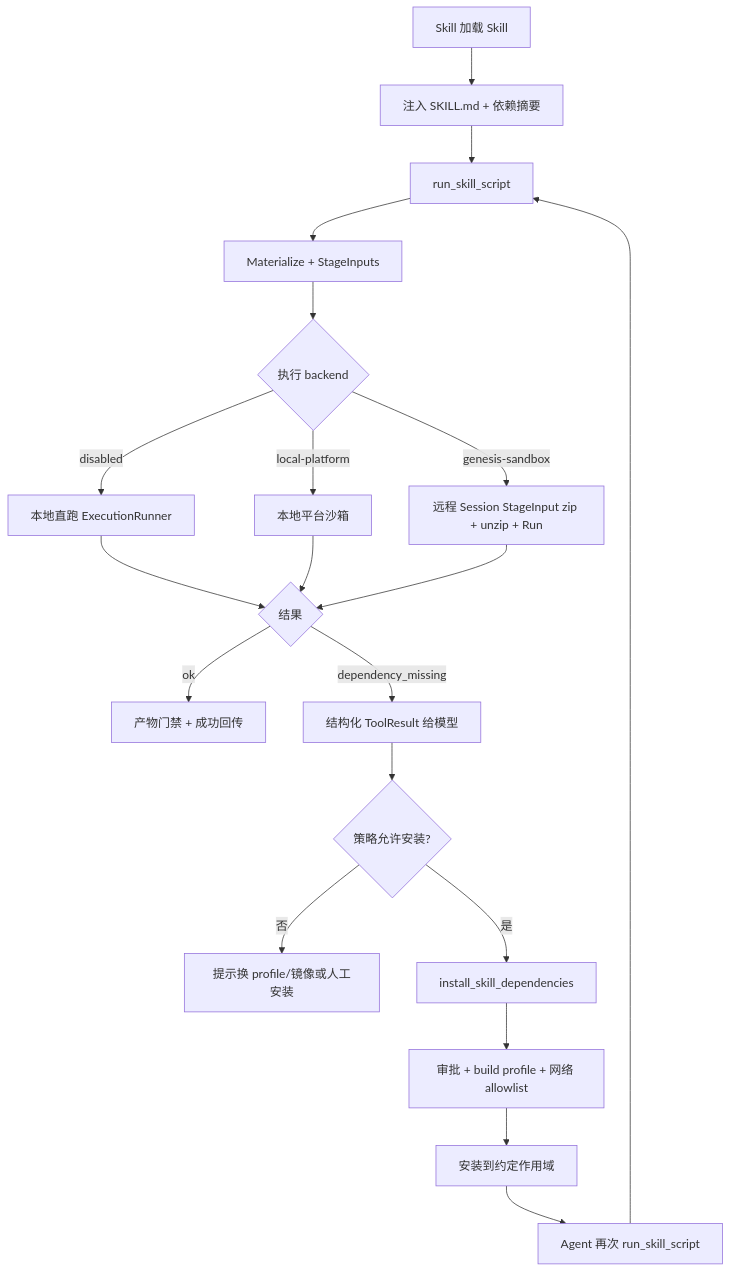
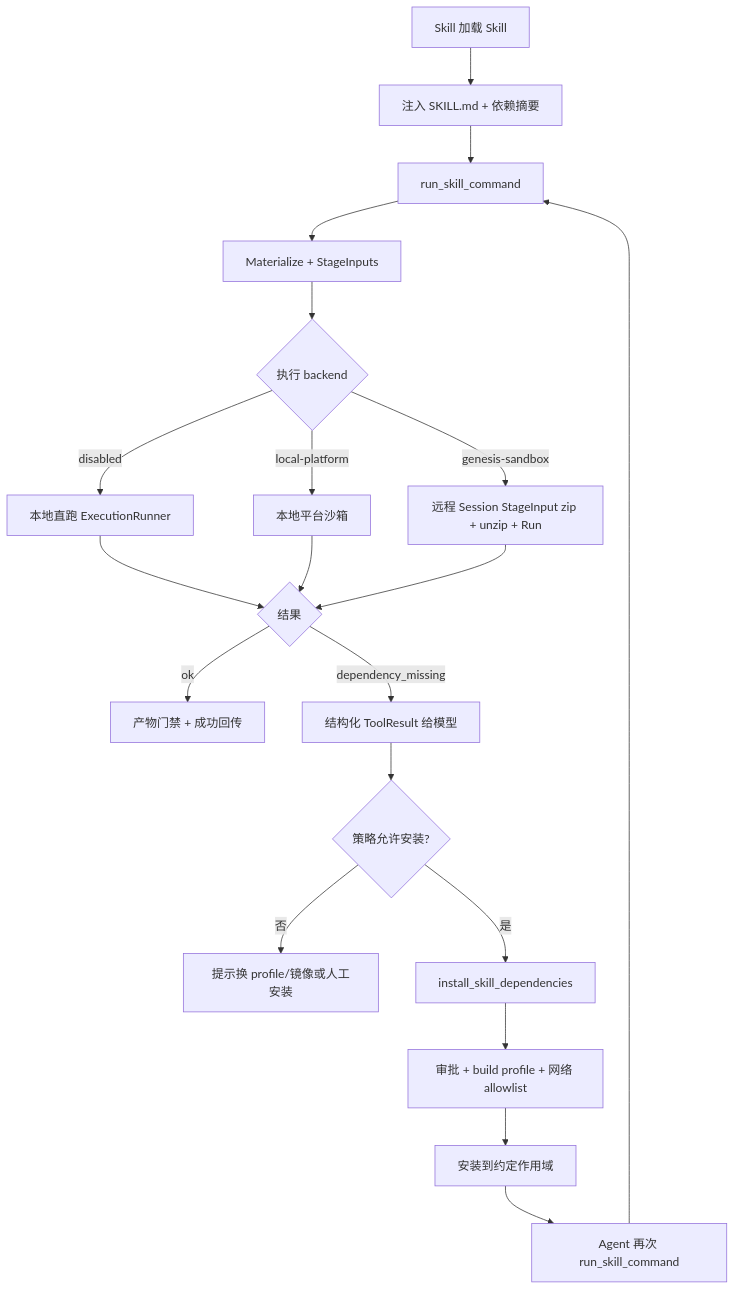
Before and after one commit to capemeta/genesis-agent: the diagram in docs/Skill三模式执行与依赖闭环设计.md, drawn with Mermaid. The commit also changed other lines of this file and 147 other files, not shown here.

````diff
--- a/docs/Skill三模式执行与依赖闭环设计.md
+++ b/docs/Skill三模式执行与依赖闭环设计.md
@@ -99,22 +99,22 @@
 ```mermaid
 flowchart TD
   A[Skill 加载 Skill] --> B[注入 SKILL.md + 依赖摘要]
-  B --> C[run_skill_script]
+  B --> C[run_skill_command]
   C --> D[Materialize + StageInputs]
   D --> E{执行 backend}
   E -->|disabled| F[本地直跑 ExecutionRunner]
   E -->|local-platform| G[本地平台沙箱]
   E -->|genesis-sandbox| H[远程 Session StageInput zip + unzip + Run]
   F --> I{结果}
   G --> I
   H --> I
   I -->|ok| J[产物门禁 + 成功回传]
   I -->|dependency_missing| K[结构化 ToolResult 给模型]
   K --> L{策略允许安装?}
   L -->|否| M[提示换 profile/镜像或人工安装]
   L -->|是| N[install_skill_dependencies]
   N --> O[审批 + build profile + 网络 allowlist]
   O --> P[安装到约定作用域]
-  P --> Q[Agent 再次 run_skill_script]
+  P --> Q[Agent 再次 run_skill_command]
   Q --> C
 ```
````
